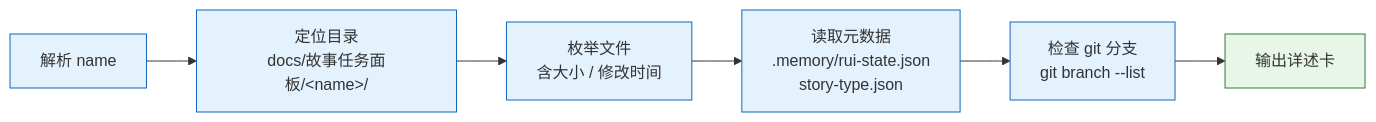
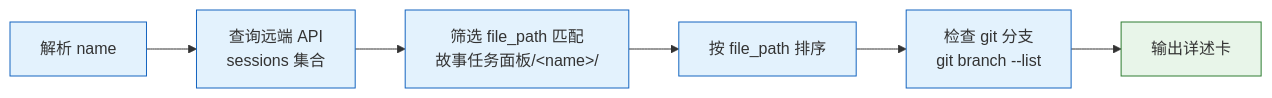
Before and after one commit to effiy/YrY: the seventh of 11 diagrams in skills/rui-story/SKILL.md, drawn with Mermaid. The commit also changed other lines of this file and 14 other files, not shown here.

````diff
--- a/skills/rui-story/SKILL.md
+++ b/skills/rui-story/SKILL.md
@@ -151,11 +192,11 @@
 ```mermaid
 flowchart LR
-    PARSE["解析 name"]:::op --> LOCATE["定位目录<br/>docs/故事任务面板/&lt;name&gt;/"]:::op
-    LOCATE --> ENUM["枚举文件<br/>含大小 / 修改时间"]:::op
-    ENUM --> META["读取元数据<br/>.memory/rui-state.json<br/>story-type.json"]:::op
-    META --> BRANCH["检查 git 分支<br/>git branch --list"]:::op
+    PARSE["解析 name"]:::op --> QUERY["查询远端 API<br/>sessions 集合"]:::op
+    QUERY --> FILTER["筛选 file_path 匹配<br/>故事任务面板/&lt;name&gt;/"]:::op
+    FILTER --> SORT["按 file_path 排序"]:::op
+    SORT --> BRANCH["检查 git 分支<br/>git branch --list"]:::op
     BRANCH --> OUT["输出详述卡"]:::out
 
     classDef op fill:#e3f2fd,stroke:#1565c0;
     classDef out fill:#e8f5e9,stroke:#2e7d32;
 ```
````
